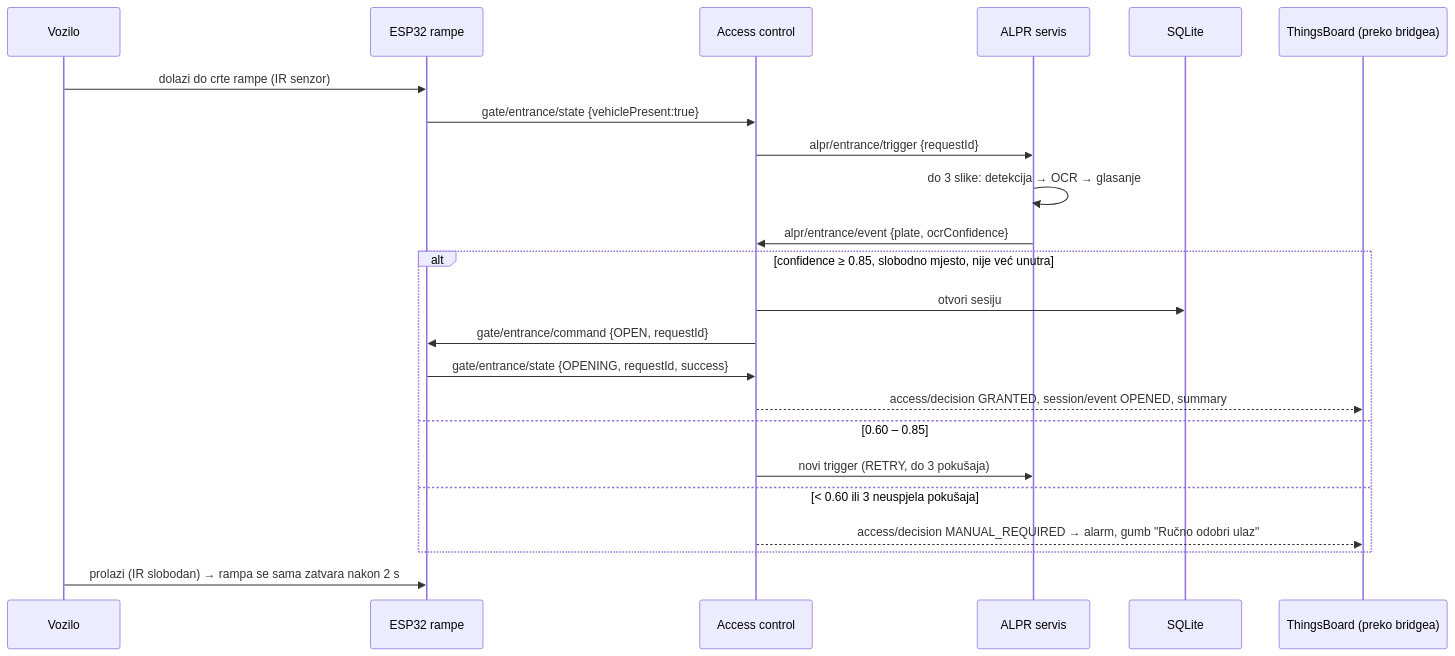
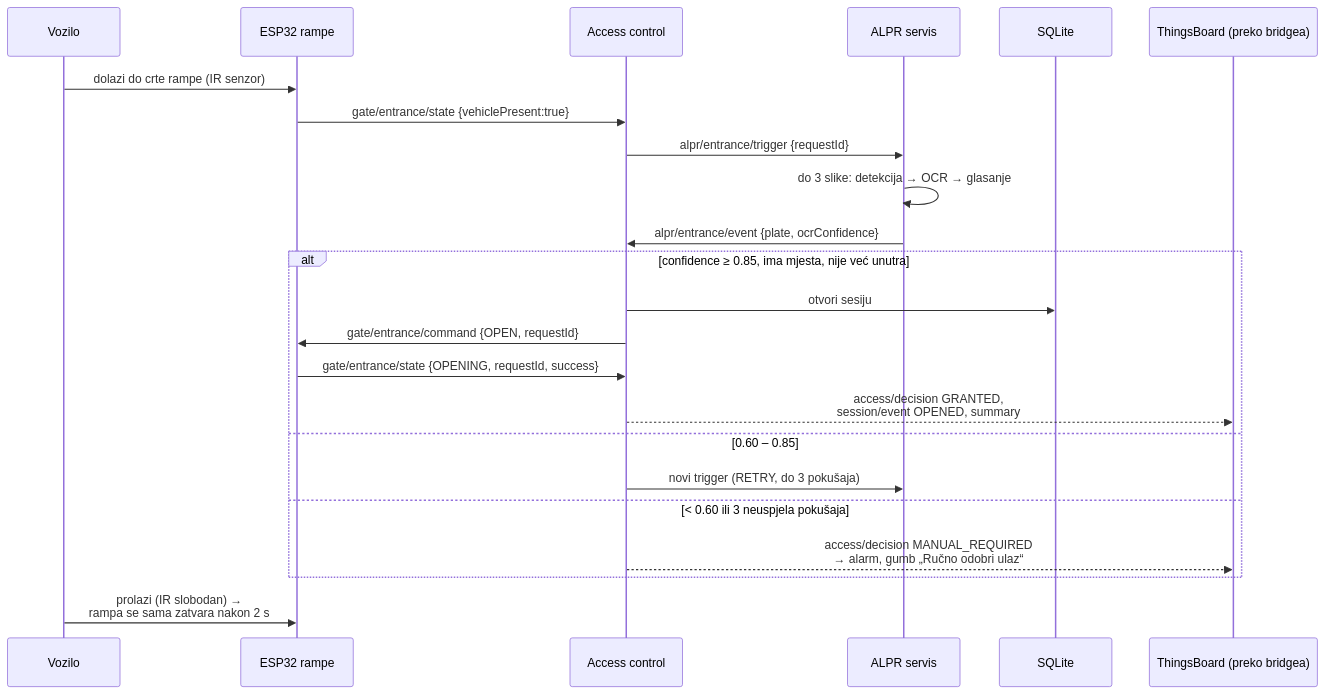
One commit to iampaviic/IoTGarage changed the second of 6 diagrams in PROJEKT/sustav/arhitektura.md. Above: the diagram before and after it, drawn with Mermaid. The commit also changed other lines of this file, not shown here.

First line of the commit message:
Architecture: fix variant B flows, make diagram text fit

````diff
--- a/PROJEKT/sustav/arhitektura.md
+++ b/PROJEKT/sustav/arhitektura.md
@@ -75,25 +85,25 @@
 ```mermaid
 sequenceDiagram
   participant V as Vozilo
   participant R as ESP32 rampe
   participant AC as Access control
   participant A as ALPR servis
   participant DB as SQLite
   participant TB as ThingsBoard (preko bridgea)
   V->>R: dolazi do crte rampe (IR senzor)
   R->>AC: gate/entrance/state {vehiclePresent:true}
   AC->>A: alpr/entrance/trigger {requestId}
   A->>A: do 3 slike: detekcija → OCR → glasanje
   A->>AC: alpr/entrance/event {plate, ocrConfidence}
-  alt confidence ≥ 0.85, slobodno mjesto, nije već unutra
+  alt confidence ≥ 0.85, ima mjesta, nije već unutra
     AC->>DB: otvori sesiju
     AC->>R: gate/entrance/command {OPEN, requestId}
     R->>AC: gate/entrance/state {OPENING, requestId, success}
-    AC-->>TB: access/decision GRANTED, session/event OPENED, summary
+    AC-->>TB: access/decision GRANTED,<br/>session/event OPENED, summary
   else 0.60 – 0.85
     AC->>A: novi trigger (RETRY, do 3 pokušaja)
   else < 0.60 ili 3 neuspjela pokušaja
-    AC-->>TB: access/decision MANUAL_REQUIRED → alarm, gumb "Ručno odobri ulaz"
+    AC-->>TB: access/decision MANUAL_REQUIRED<br/>→ alarm, gumb „Ručno odobri ulaz“
   end
-  V->>R: prolazi (IR slobodan) → rampa se sama zatvara nakon 2 s
+  V->>R: prolazi (IR slobodan) →<br/>rampa se sama zatvara nakon 2 s
 ```
````
